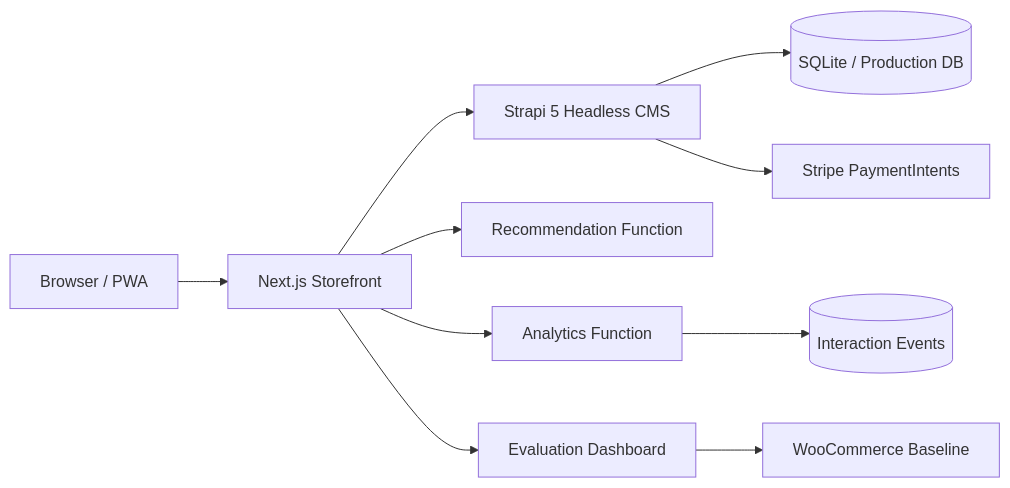
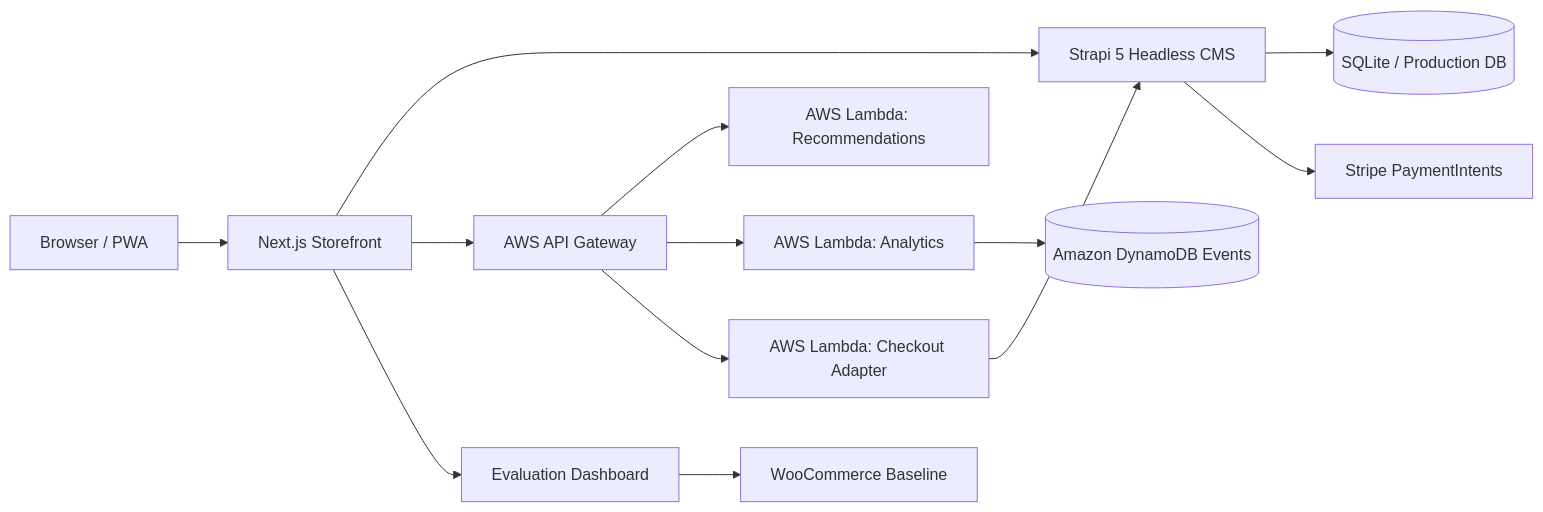
Before and after one commit to teoagg/my-shop-frontend: the diagram in README.md, drawn with Mermaid. The commit also changed other lines of this file and 1 other file, not shown here.

Commit message:
Clarify AWS serverless architecture in docs

````diff
--- a/README.md
+++ b/README.md
@@ -90,12 +90,15 @@
 ```mermaid
 flowchart LR
     User[Browser / PWA] --> Next[Next.js Storefront]
     Next --> Strapi[Strapi 5 Headless CMS]
     Strapi --> DB[(SQLite / Production DB)]
     Strapi --> Stripe[Stripe PaymentIntents]
-    Next --> Rec[Recommendation Function]
-    Next --> Analytics[Analytics Function]
-    Analytics --> Events[(Interaction Events)]
+    Next --> ApiGw[AWS API Gateway]
+    ApiGw --> Rec[AWS Lambda: Recommendations]
+    ApiGw --> Analytics[AWS Lambda: Analytics]
+    ApiGw --> Checkout[AWS Lambda: Checkout Adapter]
+    Analytics --> Events[(Amazon DynamoDB Events)]
+    Checkout --> Strapi
     Next --> Eval[Evaluation Dashboard]
     Eval --> Woo[WooCommerce Baseline]
 ```
````
